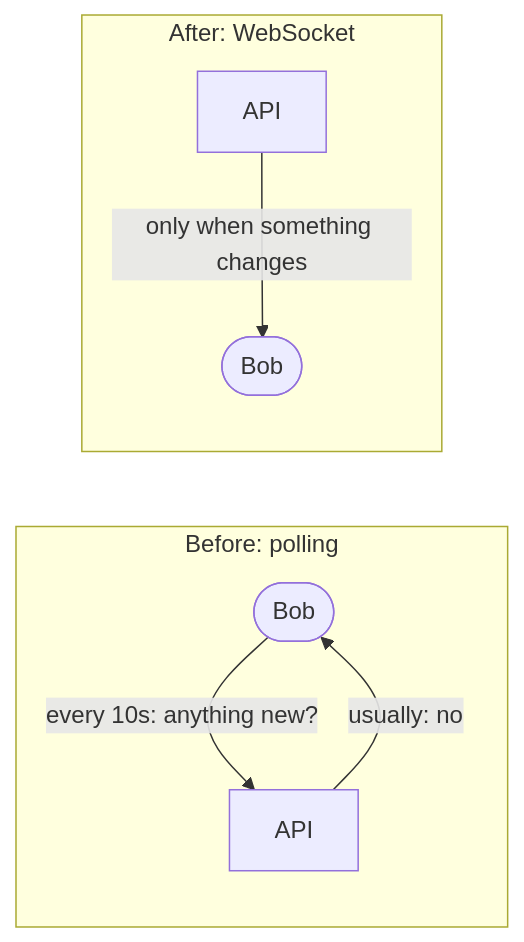
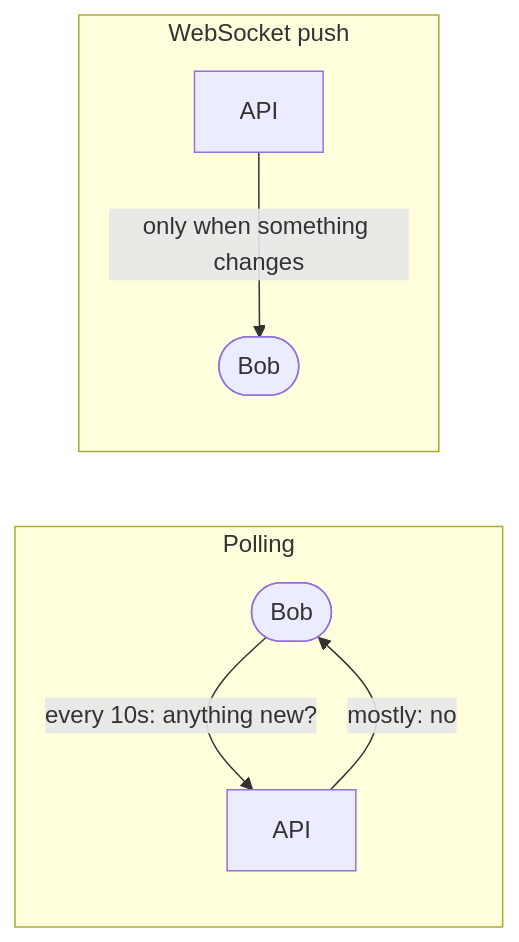
Before and after one commit to shiningflash/system-design: the third of 12 diagrams in problems/013-todo-list-sharing/question.md, drawn with Mermaid. The commit also changed other lines of this file and 37 other files, not shown here.

````diff
--- a/problems/013-todo-list-sharing/question.md
+++ b/problems/013-todo-list-sharing/question.md
@@ -241,10 +181,10 @@
 ```mermaid
 flowchart LR
-    subgraph Before["Before: polling"]
-        B1([Bob]) -->|every 10s: anything new?| S1["API"]
-        S1 -->|usually: no| B1
+    subgraph Before["Polling"]
+        B1([Bob]) -->|"every 10s: anything new?"| S1["API"]
+        S1 -->|"mostly: no"| B1
     end
-    subgraph After["After: WebSocket"]
-        S2["API"] -->|only when something changes| B2([Bob])
+    subgraph After["WebSocket push"]
+        S2["API"] -->|"only when something changes"| B2([Bob])
     end
 ```
````
